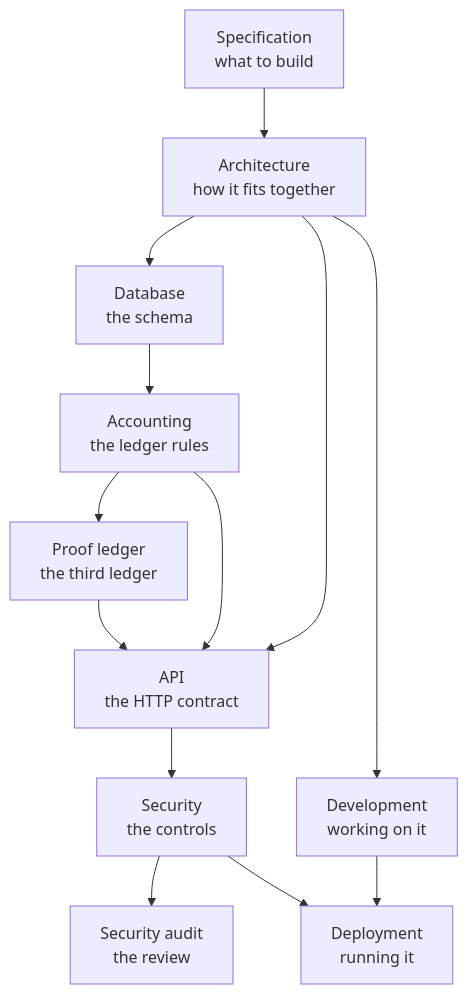
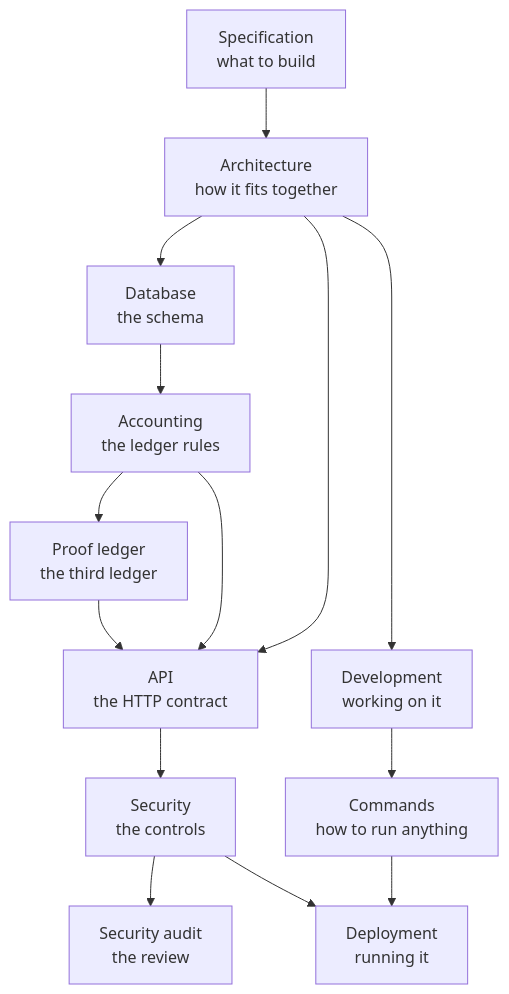
One commit to Madhur-Prakash/Stellar-ERP changed the diagram in docs/README.md. Above: the diagram before and after it, drawn with Mermaid. The commit also changed other lines of this file and 16 other files, not shown here.

````diff
--- a/docs/README.md
+++ b/docs/README.md
@@ -59,26 +64,28 @@
 ```mermaid
 graph TD
     spec[Specification<br/>what to build]
     arch[Architecture<br/>how it fits together]
     db[Database<br/>the schema]
     acct[Accounting<br/>the ledger rules]
     proof[Proof ledger<br/>the third ledger]
     api[API<br/>the HTTP contract]
     sec[Security<br/>the controls]
     audit[Security audit<br/>the review]
     dev[Development<br/>working on it]
+    cmds[Commands<br/>how to run anything]
     deploy[Deployment<br/>running it]
 
     spec --> arch
     arch --> db
     arch --> api
     db --> acct
     acct --> proof
     acct --> api
     proof --> api
     api --> sec
     sec --> audit
     arch --> dev
-    dev --> deploy
+    dev --> cmds
+    cmds --> deploy
     sec --> deploy
 ```
````
